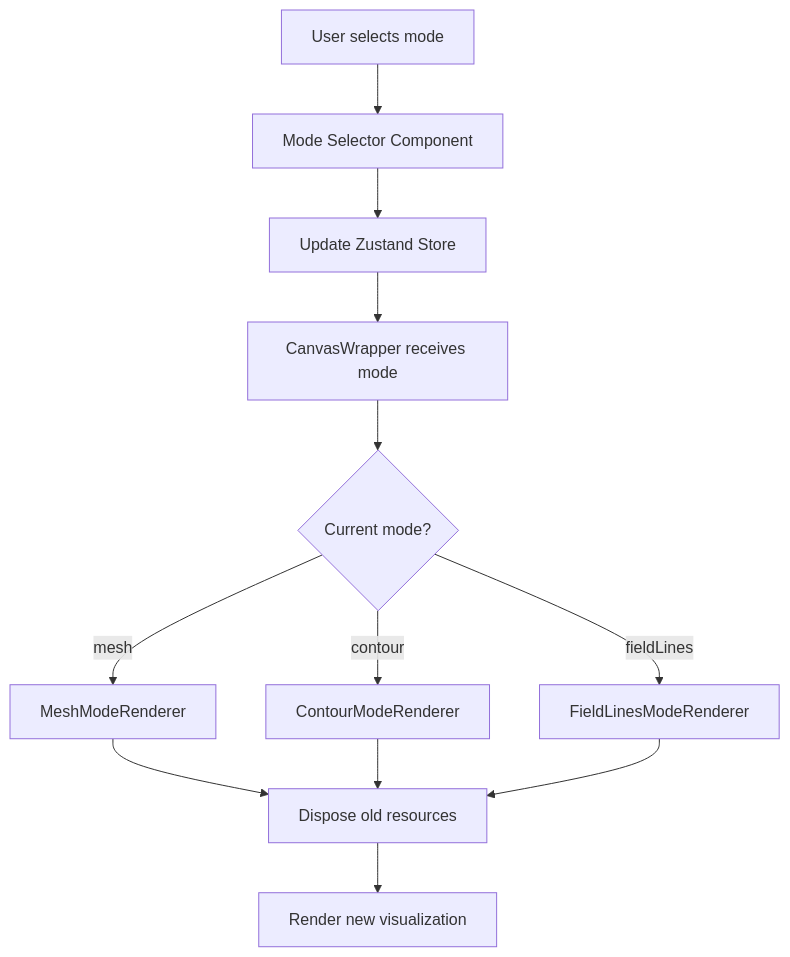
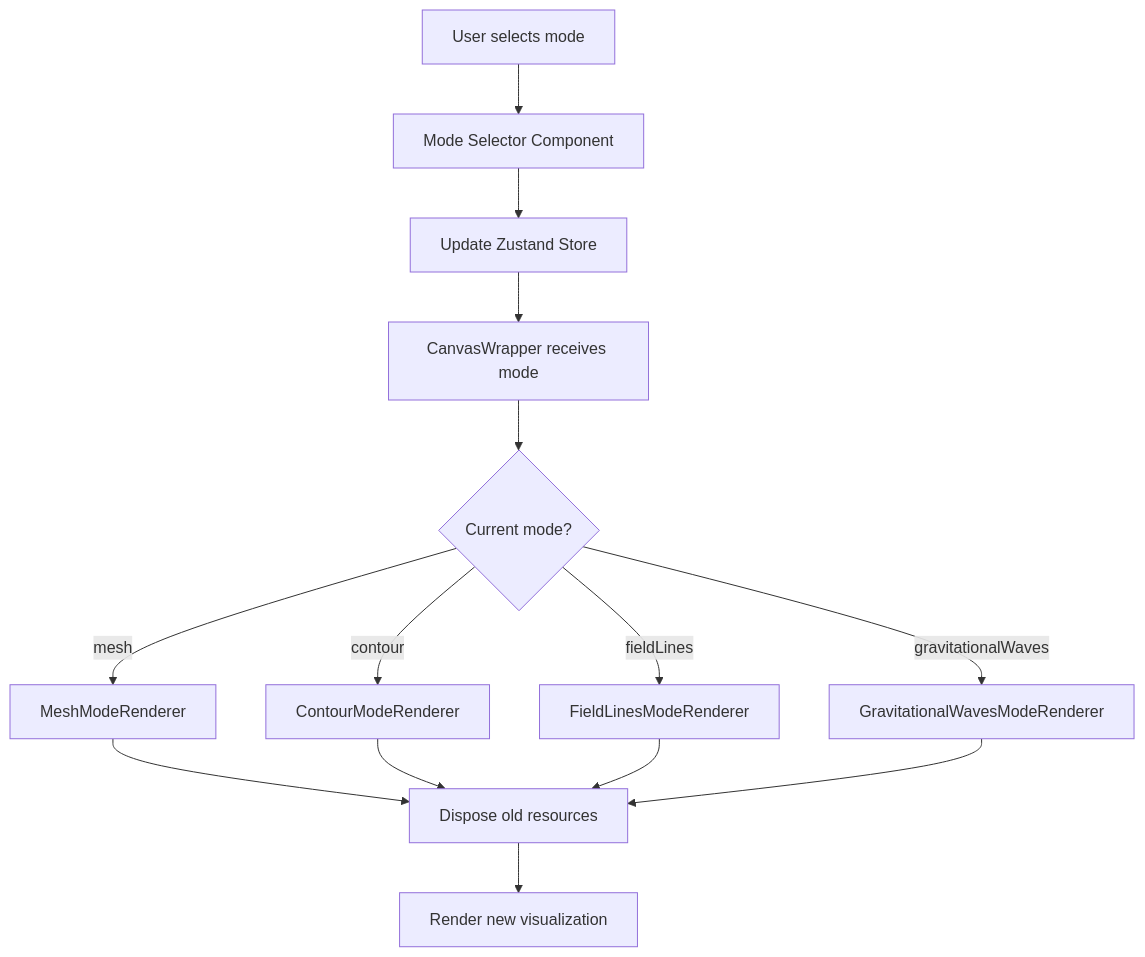
One commit to AgentFoundryExamples/spacetime-visualizer changed the first of 4 diagrams in docs/scenarios.md. Above: the diagram before and after it, drawn with Mermaid. The commit also changed other lines of this file and 11 other files, not shown here.

First line of the commit message:
Add gravitational wave visualization mode (#26)

````diff
--- a/docs/scenarios.md
+++ b/docs/scenarios.md
@@ -35,14 +35,16 @@
 ```mermaid
 graph TD
     A[User selects mode] --> B[Mode Selector Component]
     B --> C[Update Zustand Store]
     C --> D[CanvasWrapper receives mode]
     D --> E{Current mode?}
     E -->|mesh| F[MeshModeRenderer]
     E -->|contour| G[ContourModeRenderer]
     E -->|fieldLines| H[FieldLinesModeRenderer]
+    E -->|gravitationalWaves| I2[GravitationalWavesModeRenderer]
     F --> I[Dispose old resources]
     G --> I
     H --> I
+    I2 --> I
     I --> J[Render new visualization]
 ```
````
